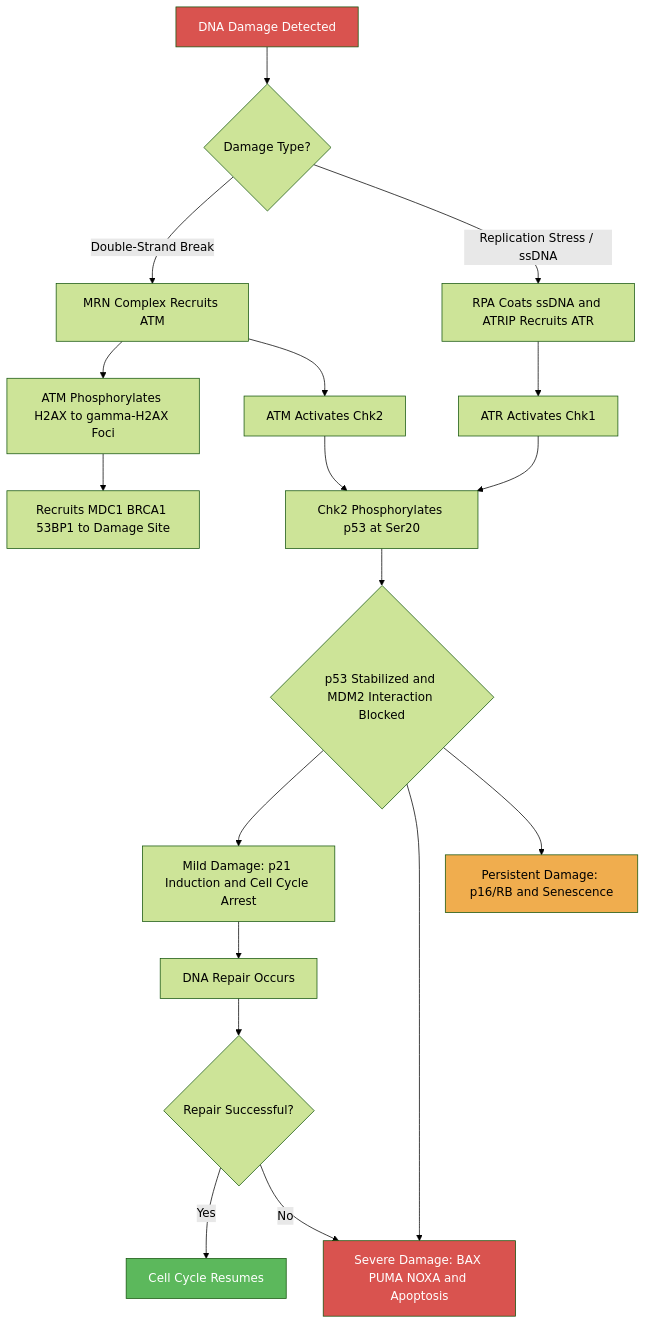
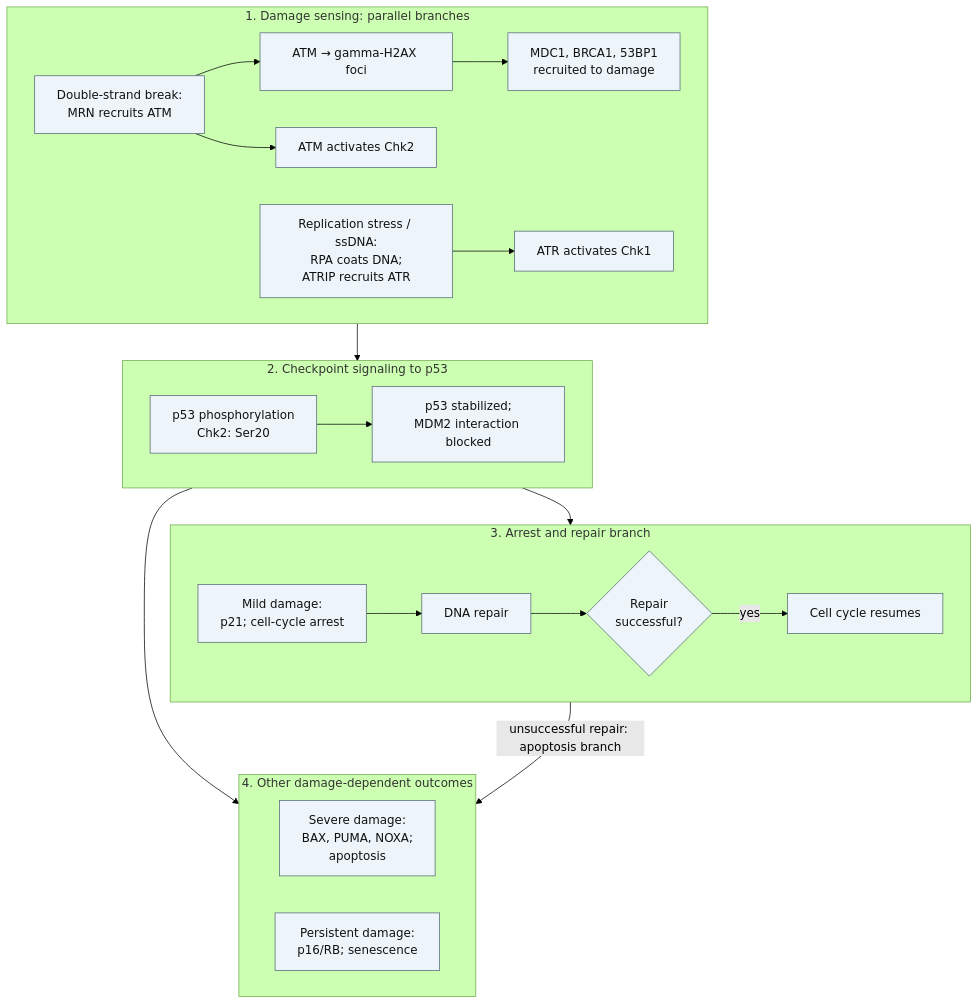
One commit to docxology/biology_textbook changed the fourth of 4 diagrams in docs/manuscript/unit_IV/dna_replication_and_cell_cycle.md. Above: the diagram before and after it, drawn with Mermaid (forest theme). The commit also changed other lines of this file and 41 other files, not shown here.

````diff
--- a/docs/manuscript/unit_IV/dna_replication_and_cell_cycle.md
+++ b/docs/manuscript/unit_IV/dna_replication_and_cell_cycle.md
@@ -535,25 +556,33 @@
 ```mermaid
-flowchart TD
-    A[DNA Damage Detected] --> B{Damage Type?}
-    B -->|Double-Strand Break| C[MRN Complex Recruits ATM]
-    B -->|Replication Stress / ssDNA| D[RPA Coats ssDNA and ATRIP Recruits ATR]
-    C --> E[ATM Phosphorylates H2AX to gamma-H2AX Foci]
-    C --> F[ATM Activates Chk2]
-    D --> G[ATR Activates Chk1]
-    F --> H[Chk2 Phosphorylates p53 at Ser20]
-    G --> H
-    E --> I[Recruits MDC1 BRCA1 53BP1 to Damage Site]
-    H --> J{p53 Stabilized and MDM2 Interaction Blocked}
-    J --> K[Mild Damage: p21 Induction and Cell Cycle Arrest]
-    J --> L[Severe Damage: BAX PUMA NOXA and Apoptosis]
-    J --> M[Persistent Damage: p16/RB and Senescence]
-    K --> N[DNA Repair Occurs]
-    N --> O{Repair Successful?}
-    O -->|Yes| P[Cell Cycle Resumes]
-    O -->|No| L
-
-    style A fill:#d9534f,color:#fff
-    style P fill:#5cb85c,color:#fff
-    style L fill:#d9534f,color:#fff
-    style M fill:#f0ad4e,color:#000
+---
+config:
+  layout: dagre
+---
+flowchart TB
+    subgraph sensing["1. Damage sensing: parallel branches"]
+        direction LR
+        C["Double-strand break:<br/>MRN recruits ATM"] --> E["ATM → gamma-H2AX foci"] --> I["MDC1, BRCA1, 53BP1<br/>recruited to damage"]
+        C --> F["ATM activates Chk2"]
+        D["Replication stress / ssDNA:<br/>RPA coats DNA;<br/>ATRIP recruits ATR"] --> G["ATR activates Chk1"]
+    end
+    subgraph signal["2. Checkpoint signaling to p53"]
+        direction LR
+        H["p53 phosphorylation<br/>Chk2: Ser20"] --> J["p53 stabilized;<br/>MDM2 interaction blocked"]
+    end
+    sensing --> signal
+    subgraph arrest["3. Arrest and repair branch"]
+        direction LR
+        K["Mild damage:<br/>p21; cell-cycle arrest"] --> N["DNA repair"] --> O{"Repair<br/>successful?"}
+        O -->|yes| P["Cell cycle resumes"]
+    end
+    subgraph other["4. Other damage-dependent outcomes"]
+        direction LR
+        L["Severe damage:<br/>BAX, PUMA, NOXA;<br/>apoptosis"]
+        M["Persistent damage:<br/>p16/RB; senescence"]
+    end
+    signal --> arrest
+    signal --> other
+    arrest -->|unsuccessful repair: apoptosis branch| other
+    classDef ink fill:#eef5fa,stroke:#526777,color:#111111
+    class C,E,I,F,D,G,H,J,K,N,O,P,L,M ink
 ```
````
